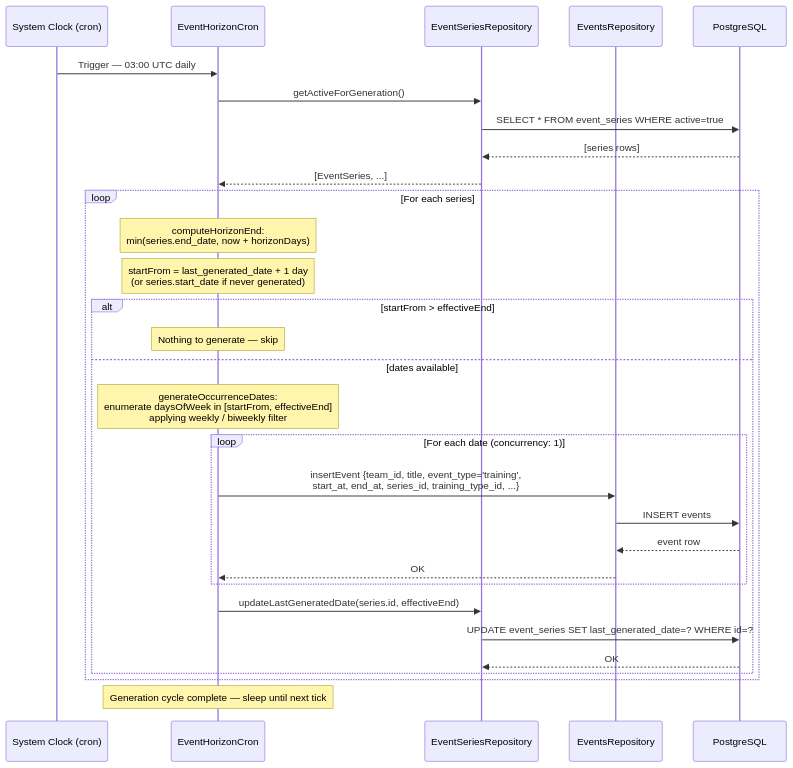
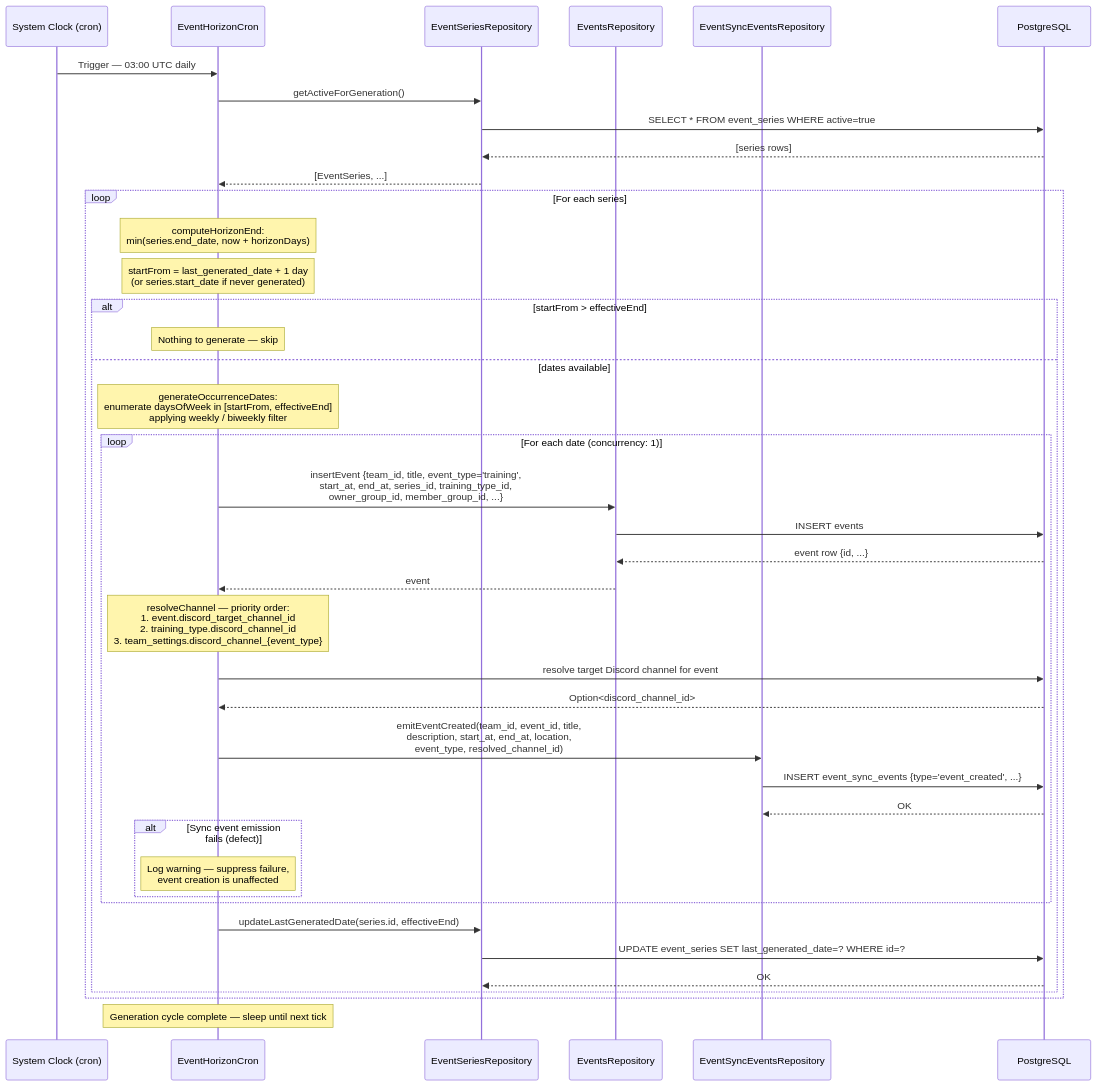
Before and after one commit to maxa-ondrej/sideline: the sixth of 9 diagrams in docs/thesis/sequence-diagrams.md, drawn with Mermaid. The commit also changed other lines of this file and 7 other files, not shown here.

First line of the commit message:
fix: emit Discord notifications when EventHorizonCron generates recurring events (#198)

````diff
--- a/docs/thesis/sequence-diagrams.md
+++ b/docs/thesis/sequence-diagrams.md
@@ -338,40 +338,53 @@
 ```mermaid
 sequenceDiagram
     participant Clock as System Clock (cron)
     participant Cron as EventHorizonCron
     participant SeriesRepo as EventSeriesRepository
     participant EventsRepo as EventsRepository
+    participant SyncRepo as EventSyncEventsRepository
     participant DB as PostgreSQL
 
     Clock->>Cron: Trigger — 03:00 UTC daily
 
     Cron->>SeriesRepo: getActiveForGeneration()
     SeriesRepo->>DB: SELECT * FROM event_series WHERE active=true
     DB-->>SeriesRepo: [series rows]
     SeriesRepo-->>Cron: [EventSeries, ...]
 
     loop For each series
         Note over Cron: computeHorizonEnd:<br/>min(series.end_date, now + horizonDays)
 
         Note over Cron: startFrom = last_generated_date + 1 day<br/>(or series.start_date if never generated)
 
         alt startFrom > effectiveEnd
             Note over Cron: Nothing to generate — skip
         else dates available
             Note over Cron: generateOccurrenceDates:<br/>enumerate daysOfWeek in [startFrom, effectiveEnd]<br/>applying weekly / biweekly filter
 
             loop For each date (concurrency: 1)
-                Cron->>EventsRepo: insertEvent {team_id, title, event_type='training',<br/>start_at, end_at, series_id, training_type_id, ...}
+                Cron->>EventsRepo: insertEvent {team_id, title, event_type='training',<br/>start_at, end_at, series_id, training_type_id,<br/>owner_group_id, member_group_id, ...}
                 EventsRepo->>DB: INSERT events
-                DB-->>EventsRepo: event row
-                EventsRepo-->>Cron: OK
+                DB-->>EventsRepo: event row {id, ...}
+                EventsRepo-->>Cron: event
+
+                Note over Cron: resolveChannel — priority order:<br/>1. event.discord_target_channel_id<br/>2. training_type.discord_channel_id<br/>3. team_settings.discord_channel_{event_type}
+                Cron->>DB: resolve target Discord channel for event
+                DB-->>Cron: Option<discord_channel_id>
+
+                Cron->>SyncRepo: emitEventCreated(team_id, event_id, title,<br/>description, start_at, end_at, location,<br/>event_type, resolved_channel_id)
+                SyncRepo->>DB: INSERT event_sync_events {type='event_created', ...}
+                DB-->>SyncRepo: OK
+
+                alt Sync event emission fails (defect)
+                    Note over Cron: Log warning — suppress failure,<br/>event creation is unaffected
+                end
             end
 
             Cron->>SeriesRepo: updateLastGeneratedDate(series.id, effectiveEnd)
             SeriesRepo->>DB: UPDATE event_series SET last_generated_date=? WHERE id=?
             DB-->>SeriesRepo: OK
         end
     end
 
     Note over Cron: Generation cycle complete — sleep until next tick
 ```
````
